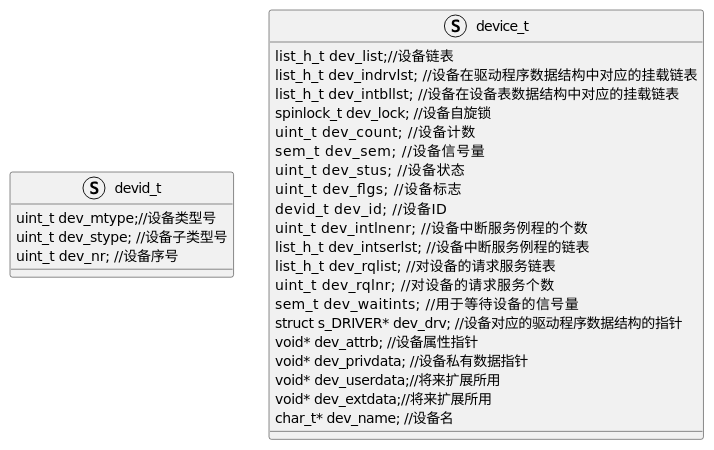
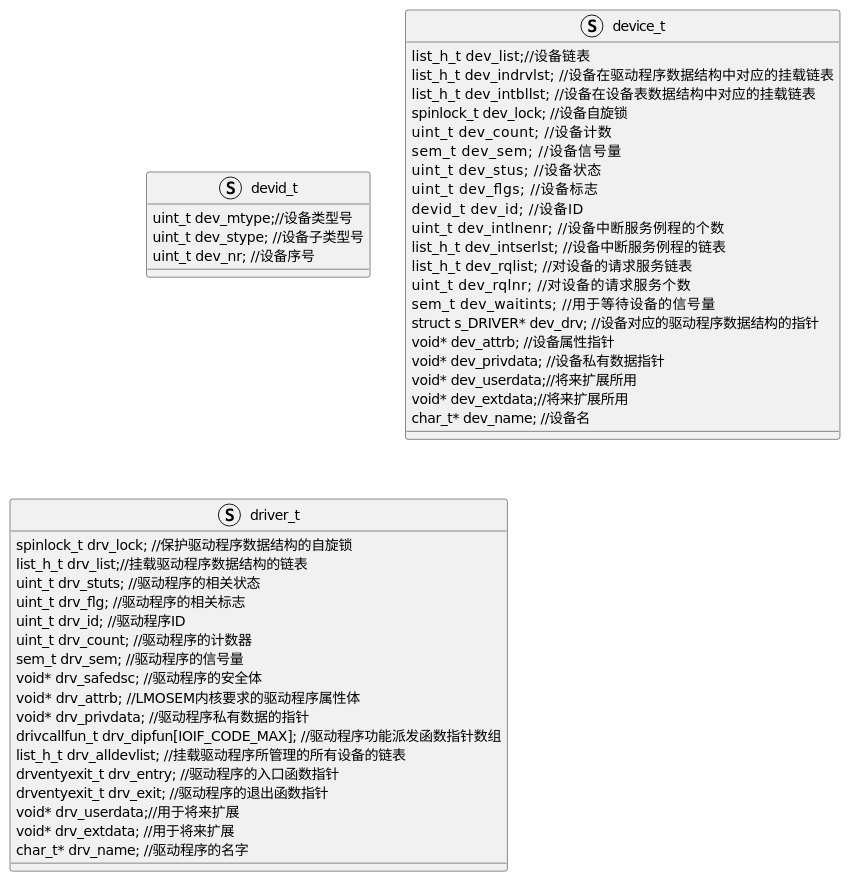
Before and after one commit to mowang111/personal_knowledge_repository: the diagram in 0.学习笔记/a04.操作系统/操作系统实战/4.设备/1.设备类型与设备驱动.md, drawn with PlantUML.

Commit message:
vault backup: 2024-01-01 17:51:11

````diff
--- a/0.学习笔记/a04.操作系统/操作系统实战/4.设备/1.设备类型与设备驱动.md
+++ b/0.学习笔记/a04.操作系统/操作系统实战/4.设备/1.设备类型与设备驱动.md
@@ -2,31 +2,51 @@
 ```plantuml
 struct devid_t
 {
     uint_t  dev_mtype;//设备类型号
     uint_t  dev_stype; //设备子类型号
     uint_t  dev_nr; //设备序号
 }
 struct device_t
 {
     list_h_t    dev_list;//设备链表
     list_h_t    dev_indrvlst; //设备在驱动程序数据结构中对应的挂载链表
     list_h_t    dev_intbllst; //设备在设备表数据结构中对应的挂载链表
     spinlock_t  dev_lock; //设备自旋锁
     uint_t      dev_count; //设备计数
     sem_t       dev_sem; //设备信号量
     uint_t      dev_stus; //设备状态
     uint_t      dev_flgs; //设备标志
     devid_t      dev_id; //设备ID
     uint_t      dev_intlnenr; //设备中断服务例程的个数
     list_h_t    dev_intserlst; //设备中断服务例程的链表
     list_h_t    dev_rqlist; //对设备的请求服务链表
     uint_t      dev_rqlnr; //对设备的请求服务个数
     sem_t       dev_waitints; //用于等待设备的信号量
     struct s_DRIVER* dev_drv; //设备对应的驱动程序数据结构的指针
     void* dev_attrb; //设备属性指针
     void* dev_privdata; //设备私有数据指针
     void* dev_userdata;//将来扩展所用
     void* dev_extdata;//将来扩展所用
     char_t* dev_name; //设备名
 }
+struct driver_t
+{
+    spinlock_t drv_lock; //保护驱动程序数据结构的自旋锁
+    list_h_t drv_list;//挂载驱动程序数据结构的链表
+    uint_t drv_stuts; //驱动程序的相关状态
+    uint_t drv_flg; //驱动程序的相关标志
+    uint_t drv_id; //驱动程序ID
+    uint_t drv_count; //驱动程序的计数器
+    sem_t drv_sem; //驱动程序的信号量
+    void* drv_safedsc; //驱动程序的安全体
+    void* drv_attrb; //LMOSEM内核要求的驱动程序属性体
+    void* drv_privdata; //驱动程序私有数据的指针
+    drivcallfun_t drv_dipfun[IOIF_CODE_MAX]; //驱动程序功能派发函数指针数组
+    list_h_t drv_alldevlist; //挂载驱动程序所管理的所有设备的链表
+    drventyexit_t drv_entry; //驱动程序的入口函数指针
+    drventyexit_t drv_exit; //驱动程序的退出函数指针
+    void* drv_userdata;//用于将来扩展
+    void* drv_extdata; //用于将来扩展
+    char_t* drv_name; //驱动程序的名字
+}
 ```
````
